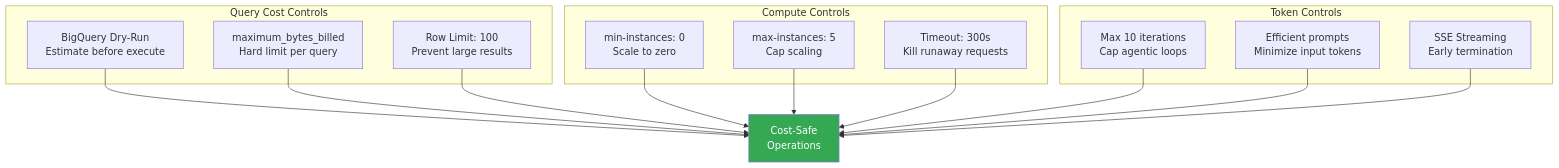
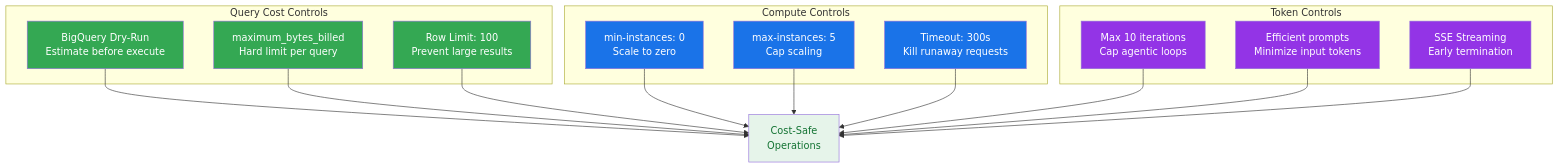
One commit to gadekar-pravin/InsightAgent changed diagram 20 of 23 in ARCHITECTURE.md. Above: the diagram before and after it, drawn with Mermaid. The commit also changed other lines of this file, not shown here.

First line of the commit message:
Implement consistent color theme for all Mermaid diagrams

````diff
--- a/ARCHITECTURE.md
+++ b/ARCHITECTURE.md
@@ -796,32 +889,41 @@
 ```mermaid
 flowchart TB
     subgraph "Query Cost Controls"
         DRY[BigQuery Dry-Run<br/>Estimate before execute]
         MAX[maximum_bytes_billed<br/>Hard limit per query]
         ROW[Row Limit: 100<br/>Prevent large results]
     end
 
     subgraph "Compute Controls"
         MIN[min-instances: 0<br/>Scale to zero]
         MAXINST[max-instances: 5<br/>Cap scaling]
         TIMEOUT[Timeout: 300s<br/>Kill runaway requests]
     end
 
     subgraph "Token Controls"
         LOOP[Max 10 iterations<br/>Cap agentic loops]
         PROMPT[Efficient prompts<br/>Minimize input tokens]
         STREAM[SSE Streaming<br/>Early termination]
     end
 
     DRY --> SAFE[Cost-Safe<br/>Operations]
     MAX --> SAFE
     ROW --> SAFE
     MIN --> SAFE
     MAXINST --> SAFE
     TIMEOUT --> SAFE
     LOOP --> SAFE
     PROMPT --> SAFE
     STREAM --> SAFE
 
-    style SAFE fill:#34A853,color:#fff
+    style DRY fill:#34A853,color:#fff
+    style MAX fill:#34A853,color:#fff
+    style ROW fill:#34A853,color:#fff
+    style MIN fill:#1A73E8,color:#fff
+    style MAXINST fill:#1A73E8,color:#fff
+    style TIMEOUT fill:#1A73E8,color:#fff
+    style LOOP fill:#9334E6,color:#fff
+    style PROMPT fill:#9334E6,color:#fff
+    style STREAM fill:#9334E6,color:#fff
+    style SAFE fill:#E6F4EA,color:#137333
 ```
````
